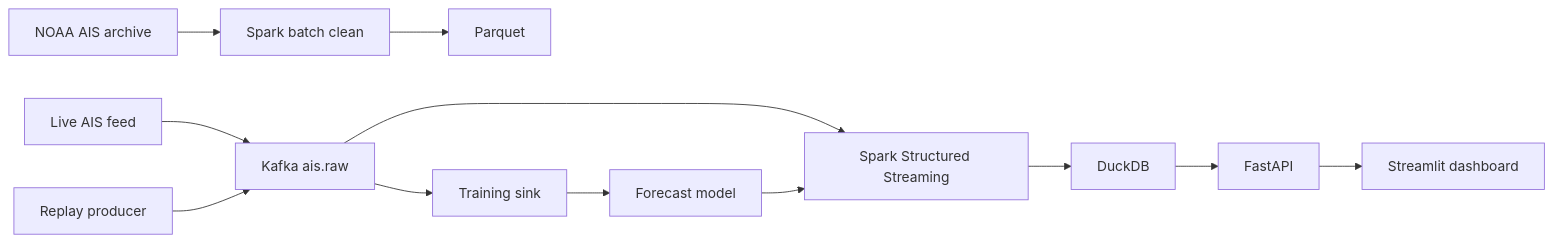
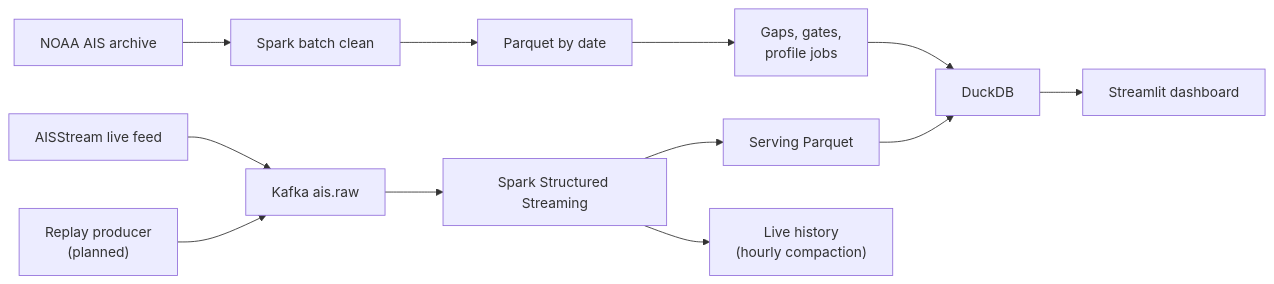
One commit to engindenizdogu/harbor changed the diagram in content/Projects/NY Harbor Vessel Traffic Analytics.md. Above: the diagram before and after it, drawn with Mermaid. The commit also changed other lines of this file and 7 other files, not shown here.

Commit message:
Add Graph-Based Personal News Recommender and Feature Importance Methods notes; update vessel-watch and Feature Selection notes; add projects and skills to Experience page

````diff
--- a/content/Projects/NY Harbor Vessel Traffic Analytics.md
+++ b/content/Projects/NY Harbor Vessel Traffic Analytics.md
@@ -33,14 +24,14 @@
 ```mermaid
 flowchart LR
     N["NOAA AIS archive"] --> B["Spark batch clean"]
-    B --> P["Parquet"]
-    L["Live AIS feed"] --> K["Kafka ais.raw"]
-    R["Replay producer"] --> K
+    B --> P["Parquet by date"]
+    P --> G["Gaps, gates,<br/>profile jobs"]
+    L["AISStream live feed"] --> K["Kafka ais.raw"]
+    R["Replay producer<br/>(planned)"] --> K
     K --> S["Spark Structured Streaming"]
-    K --> T["Training sink"]
-    S --> D["DuckDB"]
-    T --> M["Forecast model"]
-    M --> S
-    D --> A["FastAPI"]
-    A --> U["Streamlit dashboard"]
+    S --> V["Serving Parquet"]
+    S --> H["Live history<br/>(hourly compaction)"]
+    V --> D["DuckDB"]
+    G --> D
+    D --> U["Streamlit dashboard"]
 ```
````
